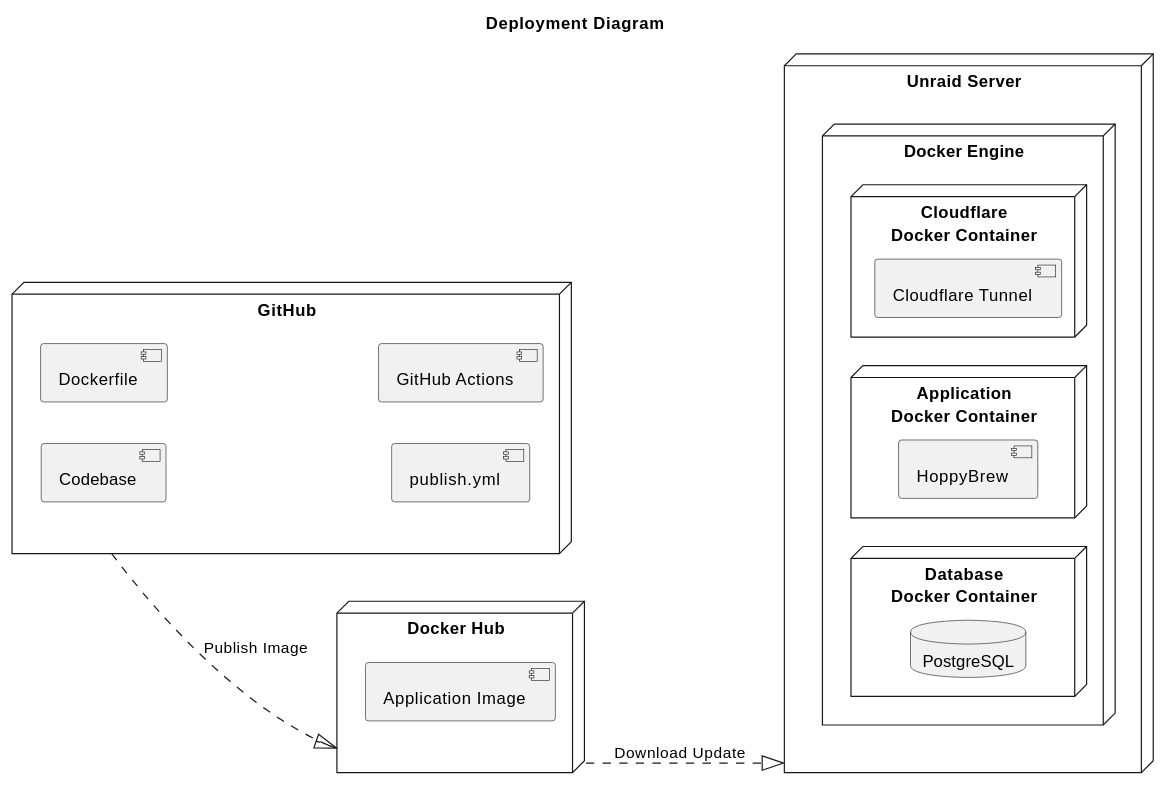
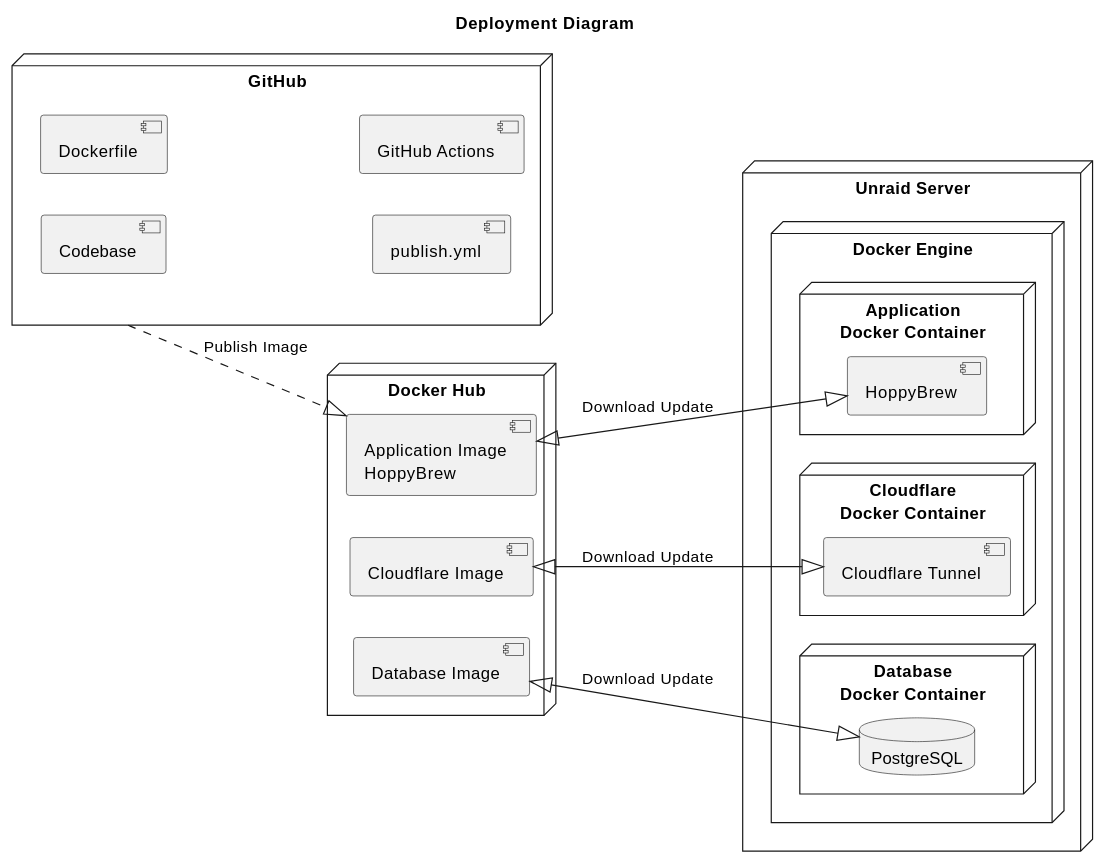
Before and after one commit to asbor/iu-project-software-engineering: the eighth of 8 diagrams in documents/01-Conception-Phase/00-HoppyBrew.md, drawn with PlantUML. The commit also changed 4 other files, not shown here.

```diff
--- a/documents/01-Conception-Phase/00-HoppyBrew.md
+++ b/documents/01-Conception-Phase/00-HoppyBrew.md
@@ -863,36 +863,40 @@
 @startuml 08-Deployment-View
 title Deployment Diagram
 
 left to right direction
 
 node "GitHub" as github {
     component "Codebase" as codebase
     component "Dockerfile" as dockerfile
     component "publish.yml" as publish
     component "GitHub Actions" as githubActions
 }
 
 node "Docker Hub" as dockerHub {
-    component "Application Image" as appImage
+    component "Application Image\nHoppyBrew" as appImage
+    component "Cloudflare Image" as cloudflareImage
+    component "Database Image" as databaseImage
 }
 
 node "Unraid Server" as unraid {
     node "Docker Engine" {
         node "Cloudflare\nDocker Container" {
             component "Cloudflare Tunnel" as cloudflareTunnel
         }
 
         node "Application\nDocker Container" {
             component "HoppyBrew" as hoppybrew
         }
 
         node "Database\nDocker Container" {
             database "PostgreSQL" as postgres
         }
     }
 }
 
-github ..|> dockerHub : Publish Image
-dockerHub ..|> unraid : Download Update
+github ..|> appImage : Publish Image
+appImage <|--|> hoppybrew : Download Update
+cloudflareImage <|--|> cloudflareTunnel : Download Update
+databaseImage <|--|> postgres : Download Update
 
 @enduml
```
